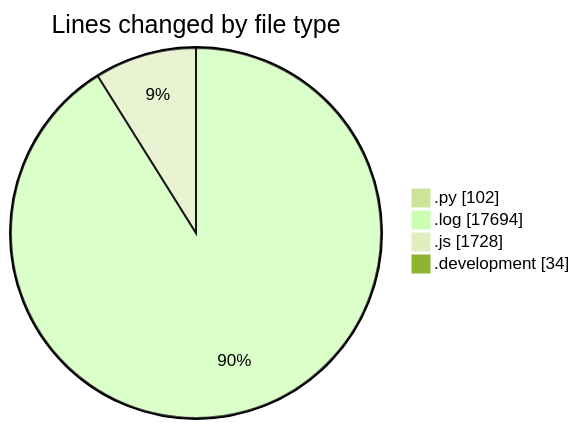
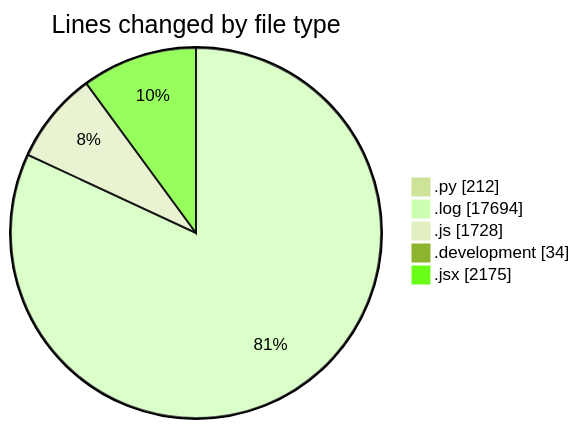
The first of 2 diagrams in 2025-04-19/nxtqube_webapp/README.md (nxtqubesakshisongat/code-tracking), drawn with Mermaid (forest theme) before and after one commit. The commit also changed other lines of this file and 1 other file, not shown here.

````diff
--- a/2025-04-19/nxtqube_webapp/README.md
+++ b/2025-04-19/nxtqube_webapp/README.md
@@ -35,8 +38,9 @@
 ```mermaid
 pie showData
 title Lines changed by file type
-".py" : 102
+".py" : 212
 ".log" : 17694
 ".js" : 1728
 ".development" : 34
+".jsx" : 2175
 ```
````
